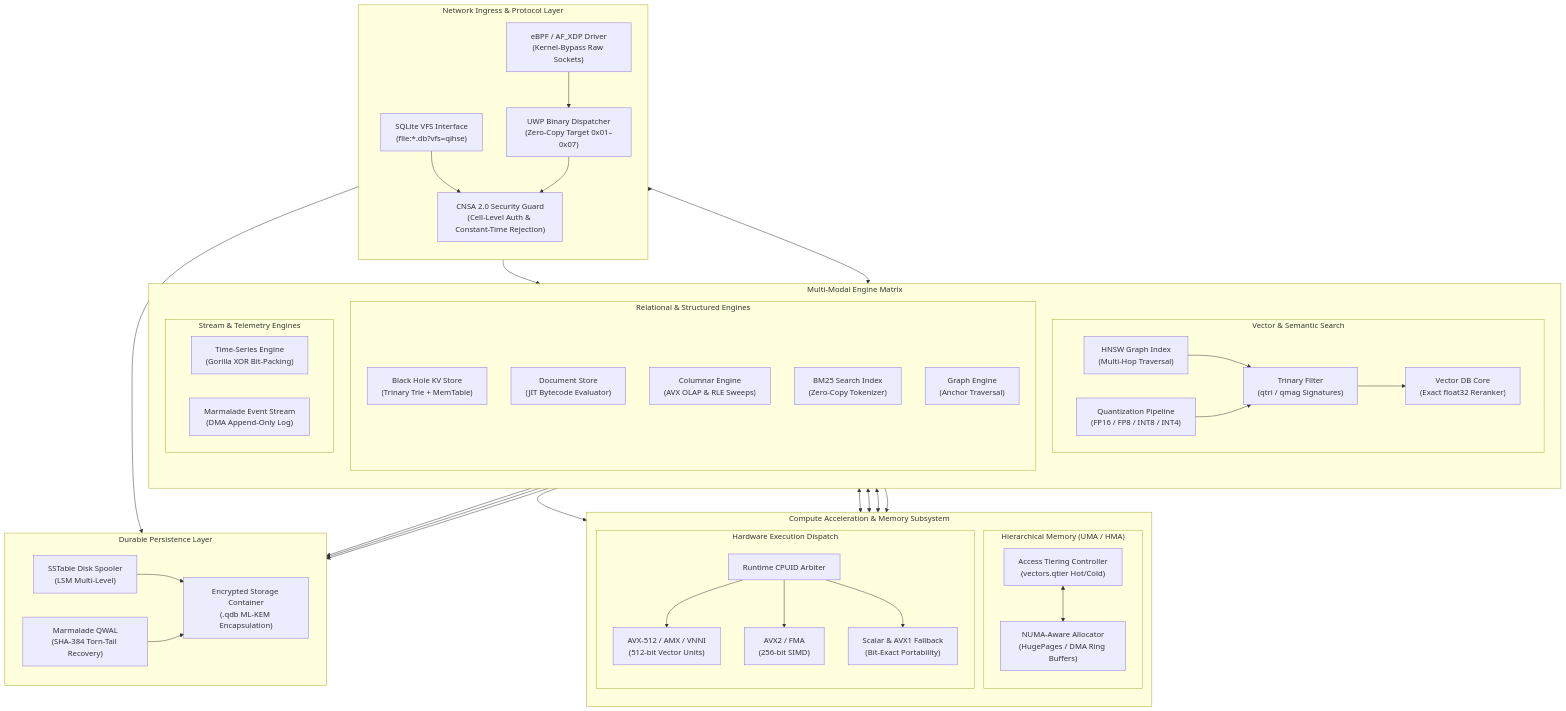
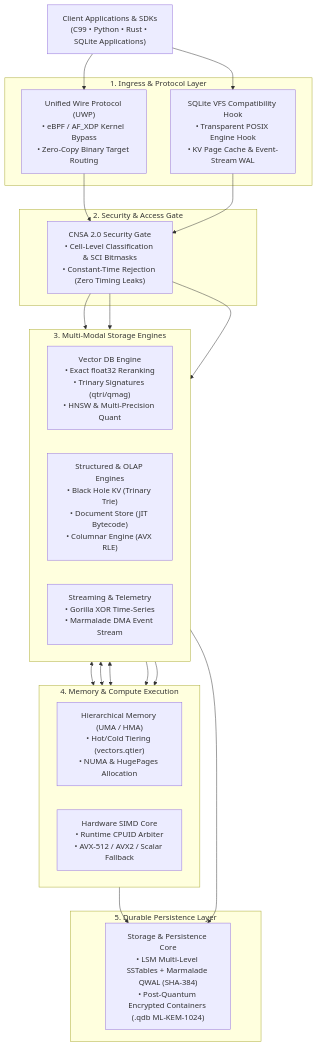
The diagram in README.md (SWORDIntel/QIHSE), drawn with Mermaid before and after one commit. The commit also changed other lines of this file and 1 other file, not shown here.

Commit message:
docs: streamline README architecture diagram for legibility and link to granular spec

````diff
--- a/README.md
+++ b/README.md
@@ -46,93 +46,50 @@
 ```mermaid
 flowchart TB
-    %% Client & Network Ingress
-    subgraph INGRESS["Network Ingress & Protocol Layer"]
-        direction TB
-        XDP["eBPF / AF_XDP Driver<br/>(Kernel-Bypass Raw Sockets)"]
-        UWP["UWP Binary Dispatcher<br/>(Zero-Copy Target 0x01–0x07)"]
-        SQL_API["SQLite VFS Interface<br/>(file:*.db?vfs=qihse)"]
-        AUTH["CNSA 2.0 Security Guard<br/>(Cell-Level Auth & Constant-Time Rejection)"]
-        
-        XDP --> UWP
-        SQL_API --> AUTH
-        UWP --> AUTH
+    CLIENT["Client Applications & SDKs<br/>(C99 • Python • Rust • SQLite Applications)"]
+
+    subgraph INGRESS["1. Ingress & Protocol Layer"]
+        UWP["Unified Wire Protocol (UWP)<br/>• eBPF / AF_XDP Kernel Bypass<br/>• Zero-Copy Binary Target Routing"]
+        VFS_HOOK["SQLite VFS Compatibility Hook<br/>• Transparent POSIX Engine Hook<br/>• KV Page Cache & Event-Stream WAL"]
     end
 
-    %% Unified Storage Engine Matrix
-    subgraph ENGINES["Multi-Modal Engine Matrix"]
-        direction TB
-        
-        subgraph VEC_PLANE["Vector & Semantic Search"]
-            VDB["Vector DB Core<br/>(Exact float32 Reranker)"]
-            QMAG["Trinary Filter<br/>(qtri / qmag Signatures)"]
-            HNSW["HNSW Graph Index<br/>(Multi-Hop Traversal)"]
-            QUANT["Quantization Pipeline<br/>(FP16 / FP8 / INT8 / INT4)"]
-            
-            HNSW --> QMAG
-            QUANT --> QMAG
-            QMAG --> VDB
-        end
+    CLIENT --> UWP
+    CLIENT --> VFS_HOOK
 
-        subgraph REL_PLANE["Relational & Structured Engines"]
-            KV["Black Hole KV Store<br/>(Trinary Trie + MemTable)"]
-            DOC["Document Store<br/>(JIT Bytecode Evaluator)"]
-            COL["Columnar Engine<br/>(AVX OLAP & RLE Sweeps)"]
-            FTS["BM25 Search Index<br/>(Zero-Copy Tokenizer)"]
-            GRAPH["Graph Engine<br/>(Anchor Traversal)"]
-        end
-
-        subgraph STREAM_PLANE["Stream & Telemetry Engines"]
-            TS["Time-Series Engine<br/>(Gorilla XOR Bit-Packing)"]
-            EVT["Marmalade Event Stream<br/>(DMA Append-Only Log)"]
-        end
+    subgraph SECURITY["2. Security & Access Gate"]
+        AUTH["CNSA 2.0 Security Gate<br/>• Cell-Level Classification & SCI Bitmasks<br/>• Constant-Time Rejection (Zero Timing Leaks)"]
     end
 
-    %% Memory & Compute Acceleration
-    subgraph COMPUTE_MEM["Compute Acceleration & Memory Subsystem"]
-        direction TB
-        
-        subgraph MEMORY["Hierarchical Memory (UMA / HMA)"]
-            TIER["Access Tiering Controller<br/>(vectors.qtier Hot/Cold)"]
-            NUMA["NUMA-Aware Allocator<br/>(HugePages / DMA Ring Buffers)"]
-        end
+    UWP --> AUTH
+    VFS_HOOK --> AUTH
 
-        subgraph SIMD_DISPATCH["Hardware Execution Dispatch"]
-            CPUID["Runtime CPUID Arbiter"]
-            AVX512["AVX-512 / AMX / VNNI<br/>(512-bit Vector Units)"]
-            AVX2["AVX2 / FMA<br/>(256-bit SIMD)"]
-            SCALAR["Scalar & AVX1 Fallback<br/>(Bit-Exact Portability)"]
-            
-            CPUID --> AVX512
-            CPUID --> AVX2
-            CPUID --> SCALAR
-        end
+    subgraph STORAGE["3. Multi-Modal Storage Engines"]
+        direction LR
+        VEC["Vector DB Engine<br/>• Exact float32 Reranking<br/>• Trinary Signatures (qtri/qmag)<br/>• HNSW & Multi-Precision Quant"]
+        REL["Structured & OLAP Engines<br/>• Black Hole KV (Trinary Trie)<br/>• Document Store (JIT Bytecode)<br/>• Columnar Engine (AVX RLE)"]
+        STREAM["Streaming & Telemetry<br/>• Gorilla XOR Time-Series<br/>• Marmalade DMA Event Stream"]
     end
 
-    %% Persistence Subsystem
-    subgraph PERSIST["Durable Persistence Layer"]
+    AUTH --> VEC
+    AUTH --> REL
+    AUTH --> STREAM
+
+    subgraph EXECUTION["4. Memory & Compute Execution"]
         direction LR
-        SST["SSTable Disk Spooler<br/>(LSM Multi-Level)"]
-        WAL["Marmalade QWAL<br/>(SHA-384 Torn-Tail Recovery)"]
-        PQC_STORE["Encrypted Storage Container<br/>(.qdb ML-KEM Encapsulation)"]
+        MEM["Hierarchical Memory (UMA / HMA)<br/>• Hot/Cold Tiering (vectors.qtier)<br/>• NUMA & HugePages Allocation"]
+        SIMD["Hardware SIMD Core<br/>• Runtime CPUID Arbiter<br/>• AVX-512 / AVX2 / Scalar Fallback"]
     end
 
-    %% Cross-Subsystem Interconnects
-    AUTH --> VEC_PLANE
-    AUTH --> REL_PLANE
-    AUTH --> STREAM_PLANE
+    VEC <--> MEM
+    REL <--> MEM
+    STREAM <--> MEM
 
-    VEC_PLANE <--> TIER
-    REL_PLANE <--> TIER
-    STREAM_PLANE <--> TIER
-    TIER <--> NUMA
+    VEC --> SIMD
+    REL --> SIMD
 
-    VEC_PLANE --> CPUID
-    COL --> CPUID
+    subgraph PERSIST["5. Durable Persistence Layer"]
+        DISK["Storage & Persistence Core<br/>• LSM Multi-Level SSTables + Marmalade QWAL (SHA-384)<br/>• Post-Quantum Encrypted Containers (.qdb ML-KEM-1024)"]
+    end
 
-    REL_PLANE --> SST
-    STREAM_PLANE --> WAL
-    SQL_API --> WAL
-    KV --> SST
-    SST --> PQC_STORE
-    WAL --> PQC_STORE
+    MEM --> DISK
+    STREAM --> DISK
 ```
````
